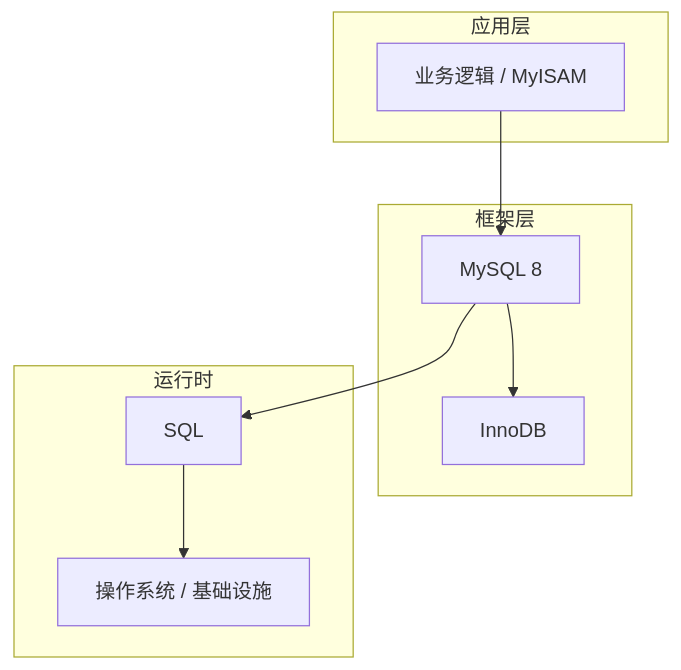
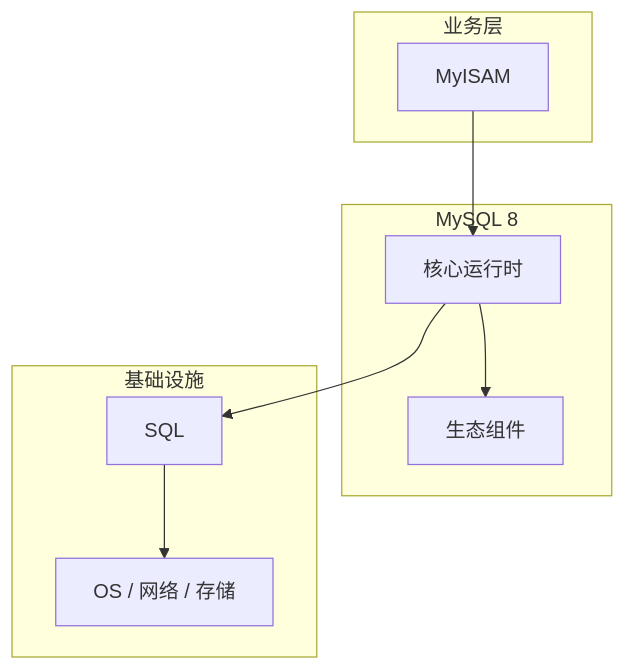
The diagram in articles/MySQL/chapters/045-MyISAM核心概念与原理.md (yanggan2015/knowledge-json-v2), drawn with Mermaid before and after one commit. The commit also changed other lines of this file and 10127 other files, not shown here.

````diff
--- a/articles/MySQL/chapters/045-MyISAM核心概念与原理.md
+++ b/articles/MySQL/chapters/045-MyISAM核心概念与原理.md
@@ -45,18 +34,18 @@
 ```mermaid
 graph TB
-    subgraph 应用层
-        A[业务逻辑 / MyISAM]
+    subgraph 业务层
+        A[MyISAM]
     end
-    subgraph 框架层
-        B[MySQL 8]
-        C[InnoDB]
+    subgraph MySQL 8
+        B[核心运行时]
+        C[生态组件]
     end
-    subgraph 运行时
+    subgraph 基础设施
         D[SQL]
-        E[操作系统 / 基础设施]
+        E[OS / 网络 / 存储]
     end
     A --> B
     B --> C
     B --> D
     D --> E
 ```
````
